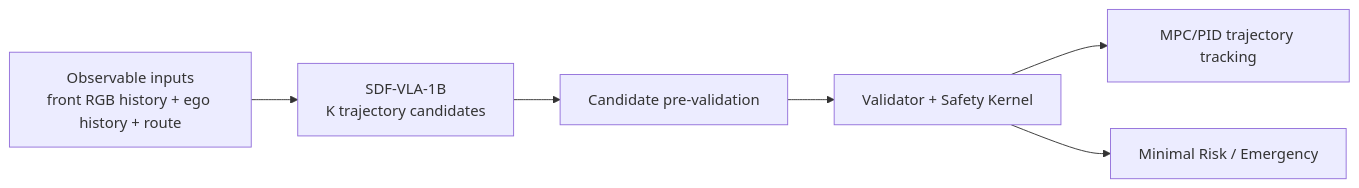
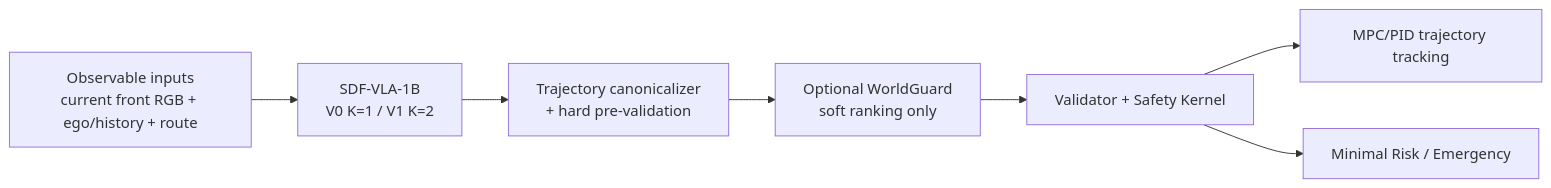
Before and after one commit to BaiYeGX/safedrive-foundry: the diagram in docs/project/SDF_VLA_1B_DESIGN.md, drawn with Mermaid. The commit also changed other lines of this file and 56 other files, not shown here.

````diff
--- a/docs/project/SDF_VLA_1B_DESIGN.md
+++ b/docs/project/SDF_VLA_1B_DESIGN.md
@@ -102,8 +129,9 @@
 ```mermaid
 flowchart LR
-    I["Observable inputs<br/>front RGB history + ego history + route"] --> V["SDF-VLA-1B<br/>K trajectory candidates"]
-    V --> P["Candidate pre-validation"]
-    P --> S["Validator + Safety Kernel"]
+    I["Observable inputs<br/>current front RGB + ego/history + route"] --> V["SDF-VLA-1B<br/>V0 K=1 / V1 K=2"]
+    V --> P["Trajectory canonicalizer<br/>+ hard pre-validation"]
+    P --> W["Optional WorldGuard<br/>soft ranking only"]
+    W --> S["Validator + Safety Kernel"]
     S --> C["MPC/PID trajectory tracking"]
     S --> M["Minimal Risk / Emergency"]
 ```
````
